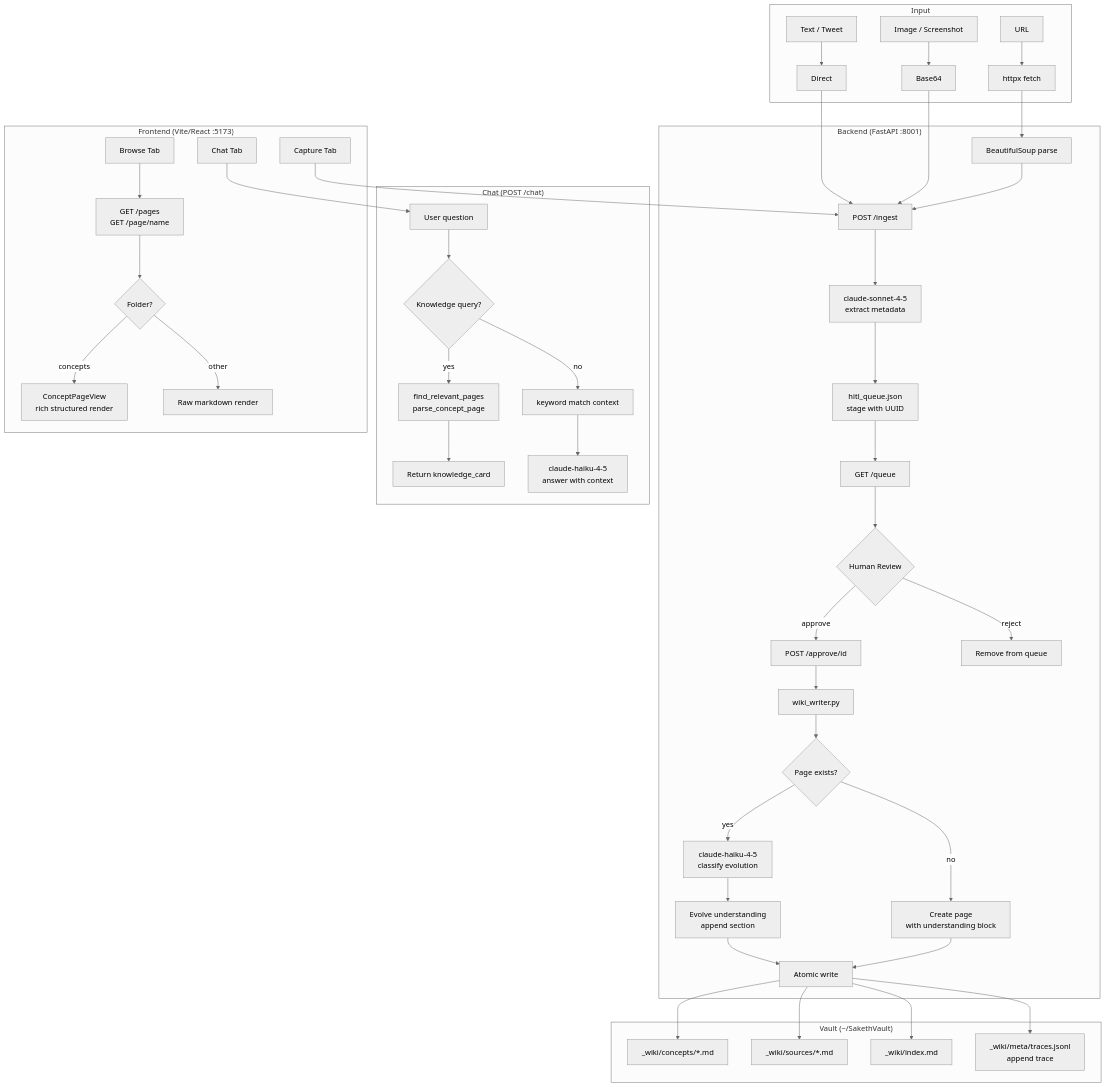
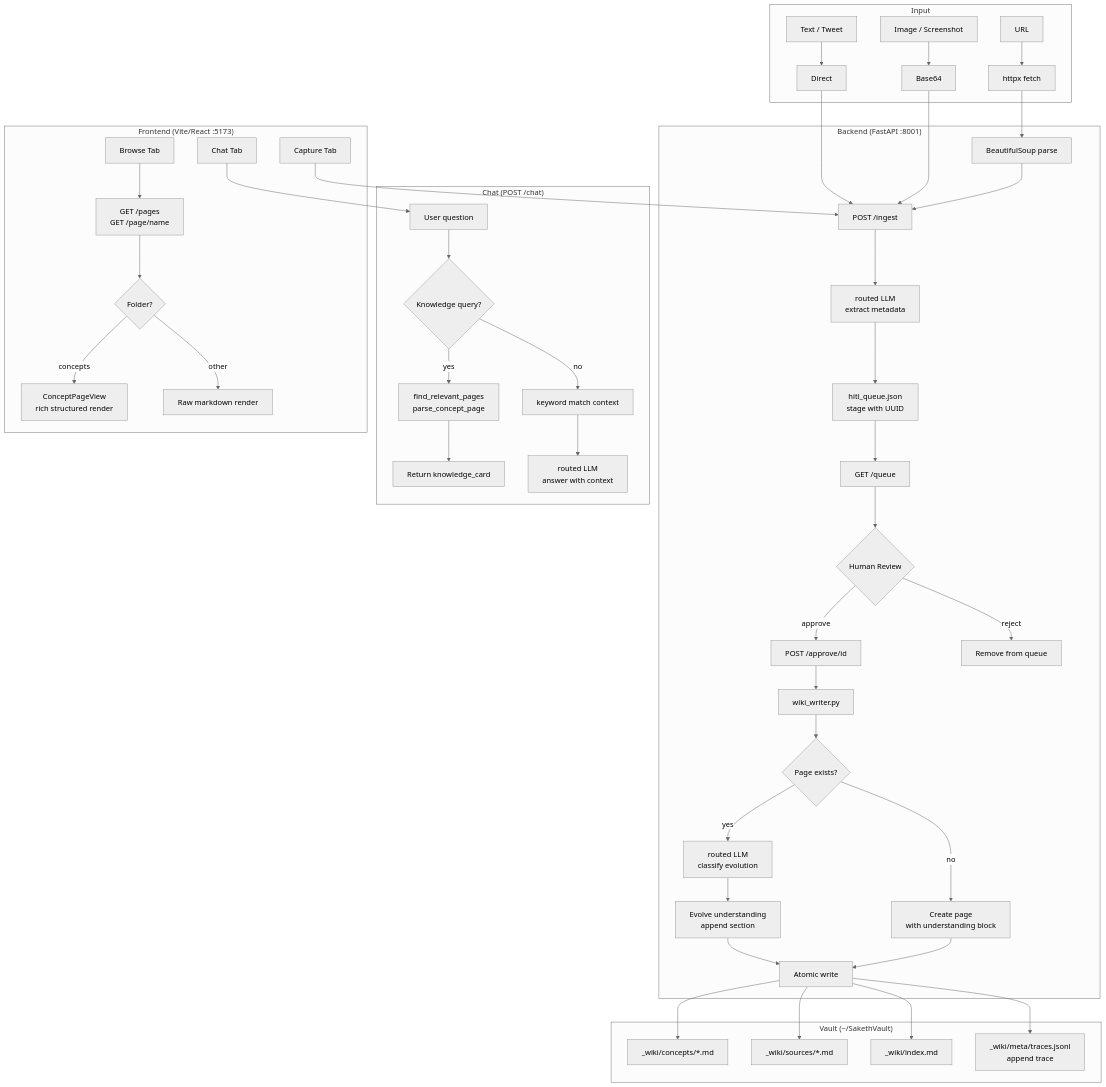
Before and after one commit to Sakethv7/SakethWiki: the second of 2 diagrams in CONCEPTS.md, drawn with Mermaid (neutral theme). The commit also changed other lines of this file and 7 other files, not shown here.

````diff
--- a/CONCEPTS.md
+++ b/CONCEPTS.md
@@ -15,52 +15,52 @@
 ```mermaid
 graph TB
     subgraph Input
         A[URL] --> B[httpx fetch]
         C[Text / Tweet] --> D[Direct]
         E[Image / Screenshot] --> F[Base64]
     end
 
     subgraph Backend["Backend (FastAPI :8001)"]
         B --> G[BeautifulSoup parse]
         D --> H
         F --> H
         G --> H[POST /ingest]
-        H --> I[claude-sonnet-4-5\nextract metadata]
+        H --> I[routed LLM\nextract metadata]
         I --> J[hitl_queue.json\nstage with UUID]
         J --> K[GET /queue]
         K --> L{Human Review}
         L -- approve --> M[POST /approve/id]
         L -- reject --> N[Remove from queue]
         M --> O[wiki_writer.py]
         O --> P{Page exists?}
-        P -- yes --> Q[claude-haiku-4-5\nclassify evolution]
+        P -- yes --> Q[routed LLM\nclassify evolution]
         P -- no --> R[Create page\nwith understanding block]
         Q --> S[Evolve understanding\nappend section]
         S --> T[Atomic write]
         R --> T
     end
 
     subgraph Vault["Vault (~/SakethVault)"]
         T --> U[_wiki/concepts/*.md]
         T --> V[_wiki/sources/*.md]
         T --> W[_wiki/index.md]
         T --> TR[_wiki/meta/traces.jsonl\nappend trace]
     end
 
     subgraph Chat["Chat (POST /chat)"]
         X[User question] --> Y{Knowledge query?}
         Y -- yes --> Z[find_relevant_pages\nparse_concept_page]
         Y -- no --> AA[keyword match context]
         Z --> AB[Return knowledge_card]
-        AA --> AC[claude-haiku-4-5\nanswer with context]
+        AA --> AC[routed LLM\nanswer with context]
     end
 
     subgraph Frontend["Frontend (Vite/React :5173)"]
         CA[Capture Tab] --> H
         CB[Chat Tab] --> X
         CC[Browse Tab] --> CD[GET /pages\nGET /page/name]
         CD --> CE{Folder?}
         CE -- concepts --> CF[ConceptPageView\nrich structured render]
         CE -- other --> CG[Raw markdown render]
     end
 ```
````
